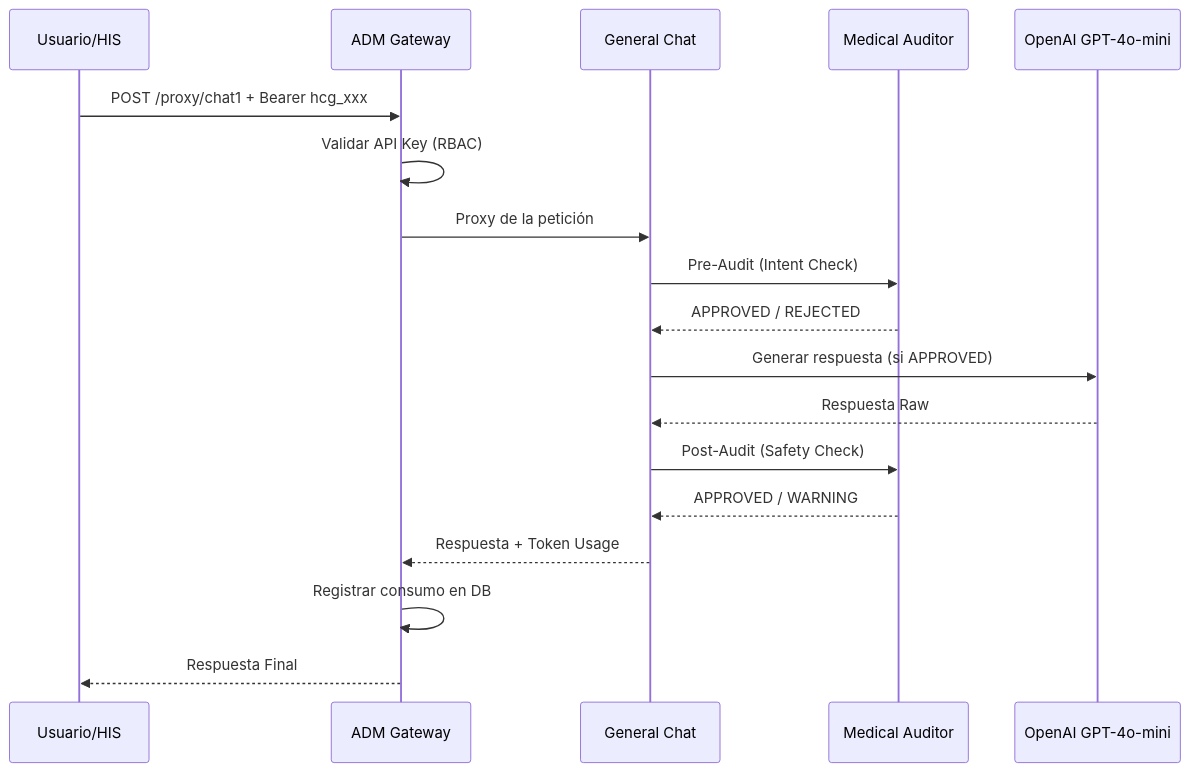
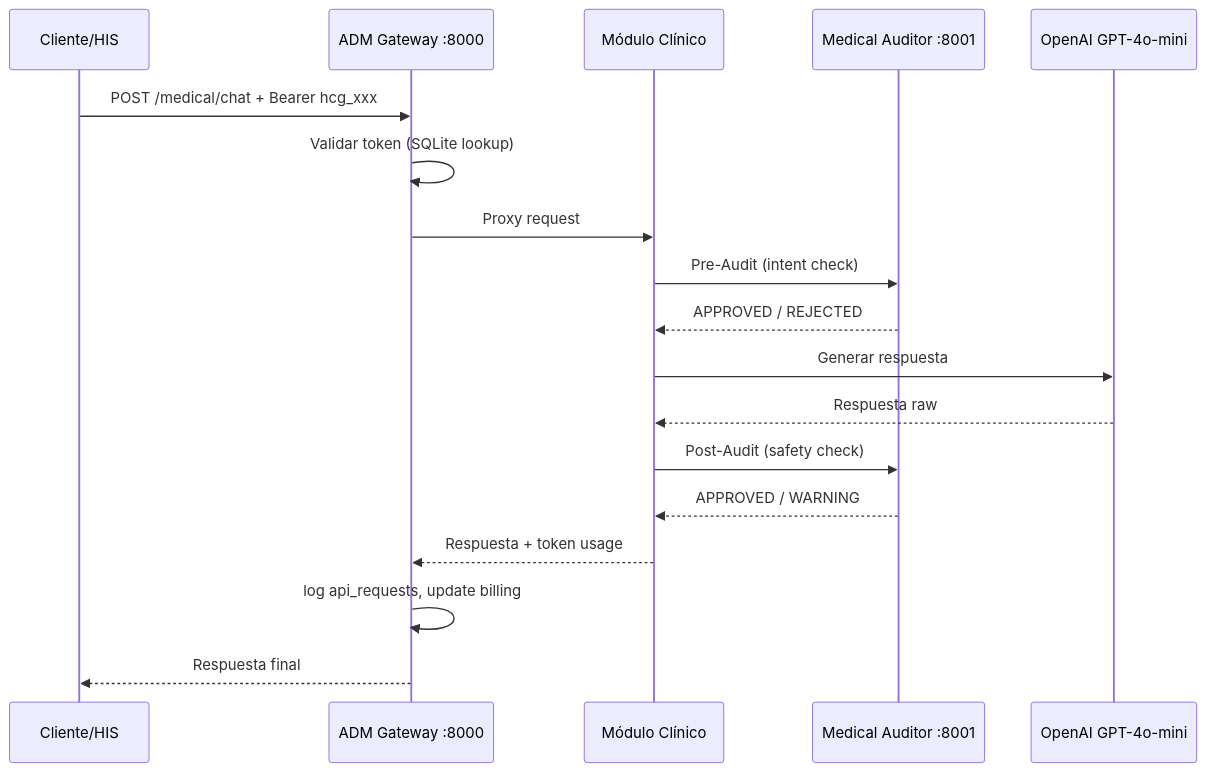
The second of 2 diagrams in docs/Go Medisys/Index.md (cluna-8/GM_MODULAR_ECOSYSTEM), drawn with Mermaid before and after one commit. The commit also changed other lines of this file and 3 other files, not shown here.

````diff
--- a/docs/Go Medisys/Index.md
+++ b/docs/Go Medisys/Index.md
@@ -49,21 +59,21 @@
 ```mermaid
 sequenceDiagram
-    participant U as Usuario/HIS
-    participant ADM as ADM Gateway
-    participant GC as General Chat
-    participant MA as Medical Auditor
+    participant U as Cliente/HIS
+    participant ADM as ADM Gateway :8000
+    participant SVC as Módulo Clínico
+    participant MA as Medical Auditor :8001
     participant LLM as OpenAI GPT-4o-mini
 
-    U->>ADM: POST /proxy/chat1 + Bearer hcg_xxx
-    ADM->>ADM: Validar API Key (RBAC)
-    ADM->>GC: Proxy de la petición
-    GC->>MA: Pre-Audit (Intent Check)
-    MA-->>GC: APPROVED / REJECTED
-    GC->>LLM: Generar respuesta (si APPROVED)
-    LLM-->>GC: Respuesta Raw
-    GC->>MA: Post-Audit (Safety Check)
-    MA-->>GC: APPROVED / WARNING
-    GC-->>ADM: Respuesta + Token Usage
-    ADM->>ADM: Registrar consumo en DB
-    ADM-->>U: Respuesta Final
+    U->>ADM: POST /medical/chat + Bearer hcg_xxx
+    ADM->>ADM: Validar token (SQLite lookup)
+    ADM->>SVC: Proxy request
+    SVC->>MA: Pre-Audit (intent check)
+    MA-->>SVC: APPROVED / REJECTED
+    SVC->>LLM: Generar respuesta
+    LLM-->>SVC: Respuesta raw
+    SVC->>MA: Post-Audit (safety check)
+    MA-->>SVC: APPROVED / WARNING
+    SVC-->>ADM: Respuesta + token usage
+    ADM->>ADM: log api_requests, update billing
+    ADM-->>U: Respuesta final
 ```
````
